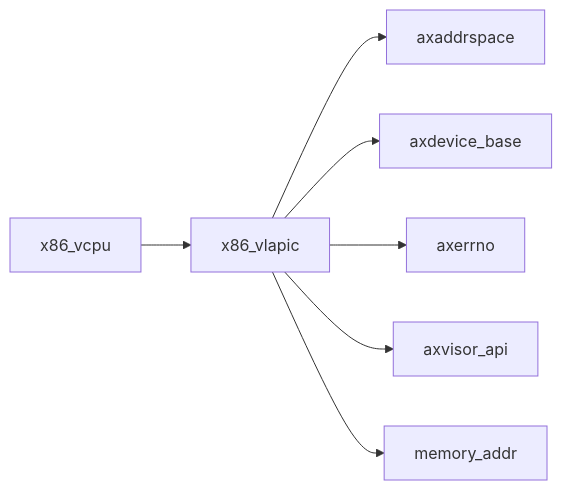
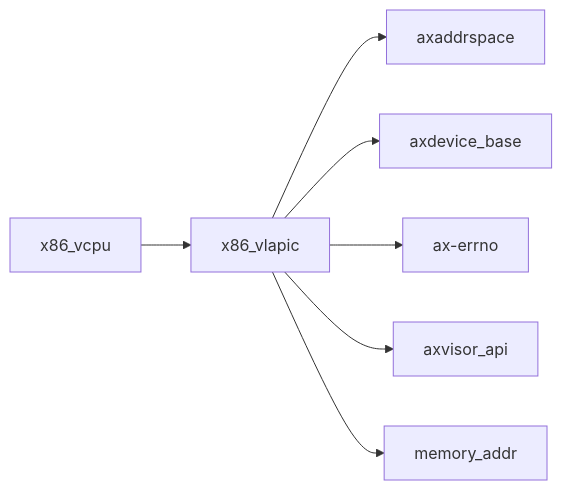
The diagram in docs/crates/x86_vlapic.md (zKurisu/tgoskits), drawn with Mermaid before and after one commit. The commit also changed other lines of this file and 278 other files, not shown here.

Commit message:
rename axerrno to ax-errno

````diff
--- a/docs/crates/x86_vlapic.md
+++ b/docs/crates/x86_vlapic.md
@@ -36,10 +36,10 @@
 ```mermaid
 graph LR
     current["x86_vlapic"]
     current --> axaddrspace["axaddrspace"]
     current --> axdevice_base["axdevice_base"]
-    current --> axerrno["axerrno"]
+    current --> ax_errno["ax-errno"]
     current --> axvisor_api["axvisor_api"]
     current --> memory_addr["memory_addr"]
     x86_vcpu["x86_vcpu"] --> current
 ```
````
